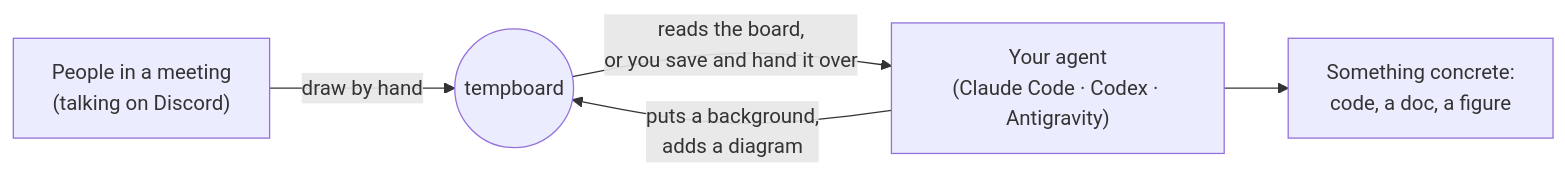
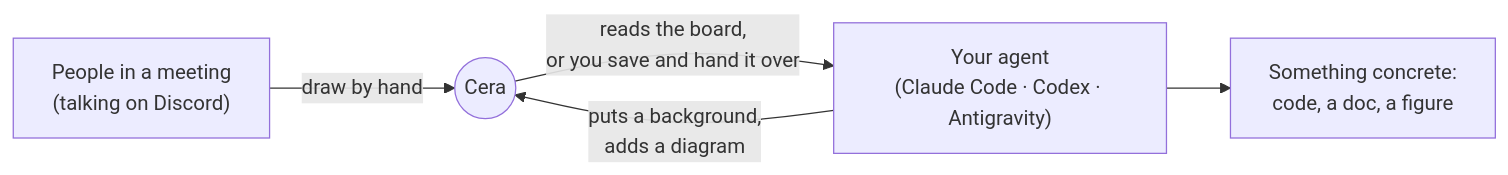
Before and after one commit to Joonoh991119/cera: the diagram in README.md, drawn with Mermaid. The commit also changed other lines of this file and 69 other files, not shown here.

First line of the commit message:
Rename tempboard to Cera (v0.5.0)

````diff
--- a/README.md
+++ b/README.md
@@ -16,7 +18,7 @@
 ```mermaid
 flowchart LR
-    P["People in a meeting<br/>(talking on Discord)"] -- "draw by hand" --> B(("tempboard"))
+    P["People in a meeting<br/>(talking on Discord)"] -- "draw by hand" --> B(("Cera"))
     A["Your agent<br/>(Claude Code · Codex · Antigravity)"] -- "puts a background,<br/>adds a diagram" --> B
     B -- "reads the board,<br/>or you save and hand it over" --> A
     A --> C["Something concrete:<br/>code, a doc, a figure"]
 ```
````
